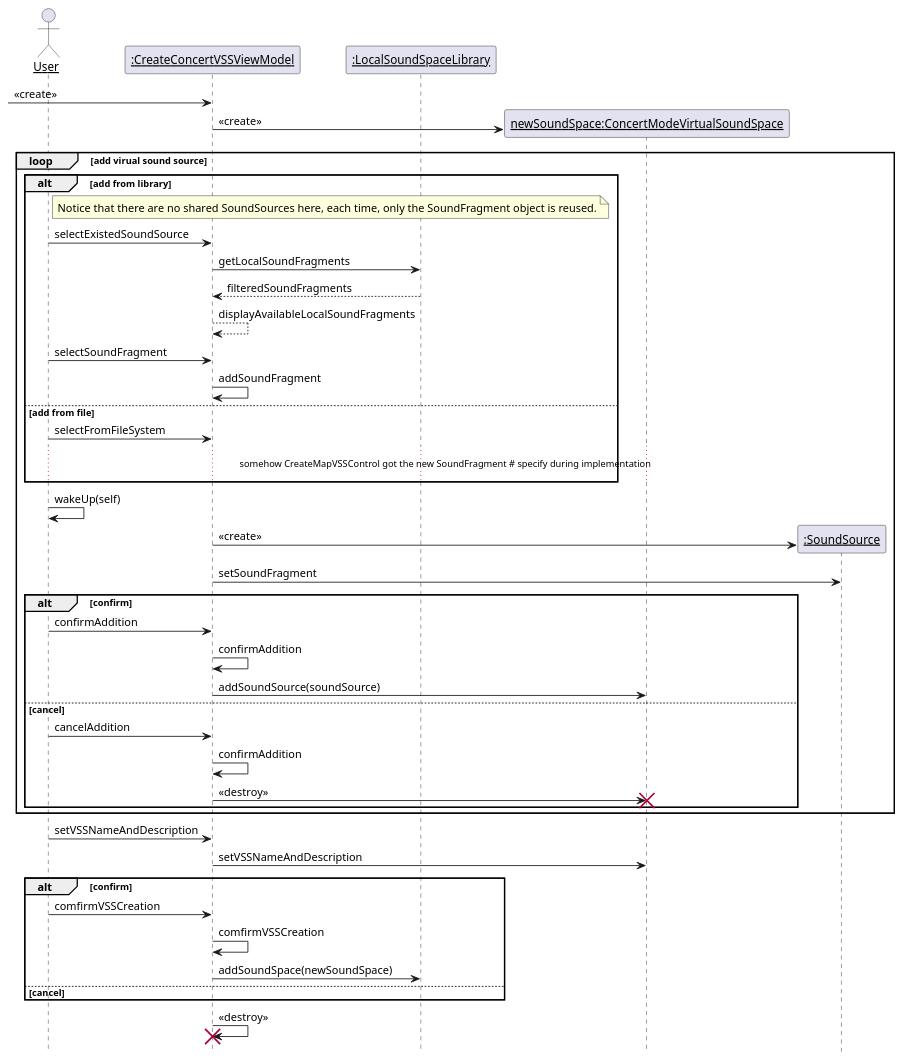
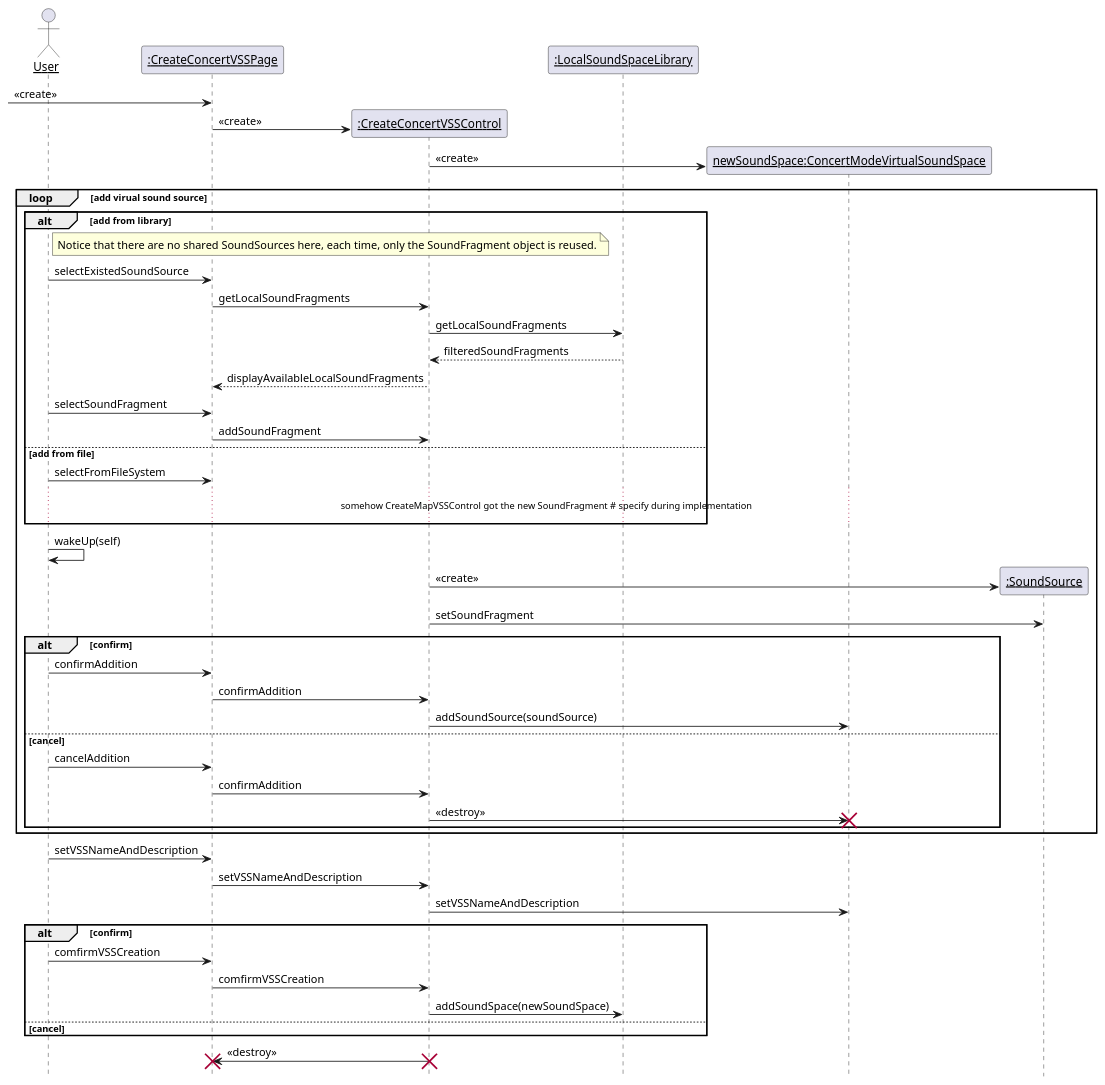
Before and after one commit to kpp19920121/doc: diagram 11 of 31 in 设计/顺序图.md, drawn with PlantUML. The commit also changed other lines of this file, not shown here.

Commit message:
补全了顺序图

````diff
--- a/设计/顺序图.md
+++ b/设计/顺序图.md
@@ -464,60 +401,66 @@
 ```PlantUML
 @startuml Diagrams/CreateConcertModeVSS
 hide footbox
 skinparam sequenceParticipant underline
 
 
 actor User as user
-participant ":CreateConcertVSSViewModel" as createboundary
+participant ":CreateConcertVSSPage" as createboundary
+participant ":CreateConcertVSSControl" as createcontrol
 participant ":LocalSoundSpaceLibrary" as library
 participant "newSoundSpace:ConcertModeVirtualSoundSpace" as newspace
 
 create createboundary
 -> createboundary: <<create>>
+create createcontrol
+createboundary -> createcontrol: <<create>>
 create newspace
-createboundary -> newspace: <<create>>
+createcontrol -> newspace: <<create>>
 
 loop add virual sound source
     alt add from library
         note right of user: Notice that there are no shared SoundSources here, each time, only the SoundFragment object is reused.
         user -> createboundary: selectExistedSoundSource
-        createboundary -> library: getLocalSoundFragments
-        library --> createboundary: filteredSoundFragments
-        createboundary --> createboundary: displayAvailableLocalSoundFragments
+        createboundary -> createcontrol: getLocalSoundFragments
+        createcontrol -> library: getLocalSoundFragments
+        library --> createcontrol: filteredSoundFragments
+        createcontrol --> createboundary: displayAvailableLocalSoundFragments
         user -> createboundary: selectSoundFragment
-        createboundary -> createboundary: addSoundFragment
+        createboundary -> createcontrol: addSoundFragment
     else add from file
         user -> createboundary: selectFromFileSystem
         ...somehow CreateMapVSSControl got the new SoundFragment # specify during implementation...
     end
 
 
     participant ":SoundSource" as source
     user -> user: wakeUp(self)
     create source
-    createboundary -> source: <<create>>
-    createboundary -> source: setSoundFragment
+    createcontrol -> source: <<create>>
+    createcontrol -> source: setSoundFragment
     alt confirm
         user -> createboundary: confirmAddition
-        createboundary -> createboundary: confirmAddition
-        createboundary -> newspace: addSoundSource(soundSource)
+        createboundary -> createcontrol: confirmAddition
+        createcontrol -> newspace: addSoundSource(soundSource)
     else cancel
         user -> createboundary: cancelAddition
-        createboundary -> createboundary: confirmAddition
-        createboundary -> newspace: <<destroy>>
+        createboundary -> createcontrol: confirmAddition
+        createcontrol -> newspace: <<destroy>>
         destroy newspace
     end
 
 end
 user -> createboundary: setVSSNameAndDescription
-createboundary -> newspace: setVSSNameAndDescription
+createboundary -> createcontrol: setVSSNameAndDescription
+createcontrol -> newspace: setVSSNameAndDescription
 alt confirm
     user -> createboundary: comfirmVSSCreation
-    createboundary -> createboundary: comfirmVSSCreation
-    createboundary -> library: addSoundSpace(newSoundSpace)
+    createboundary -> createcontrol: comfirmVSSCreation
+    createcontrol -> library: addSoundSpace(newSoundSpace)
 else cancel
 end
-createboundary -> createboundary: <<destroy>>
+createcontrol -> createboundary: <<destroy>>
 destroy createboundary
+destroy createcontrol
 @enduml
 ```
````
